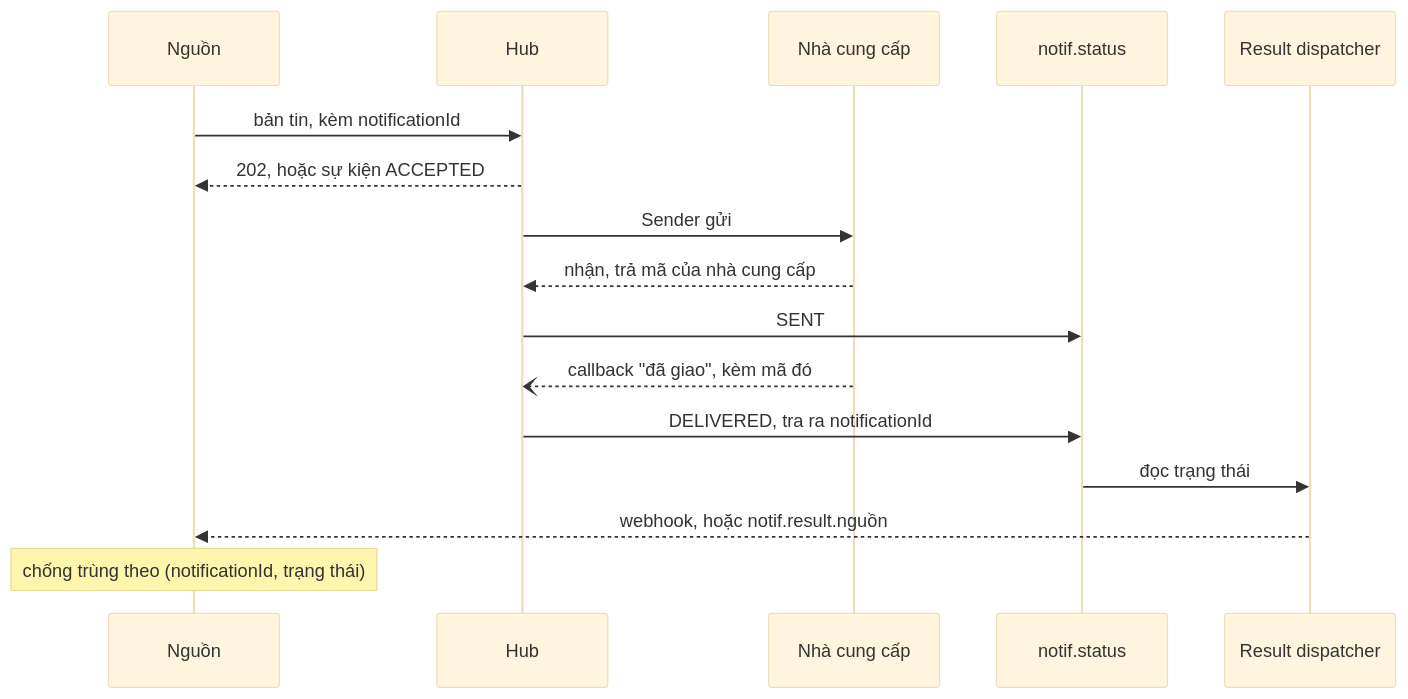
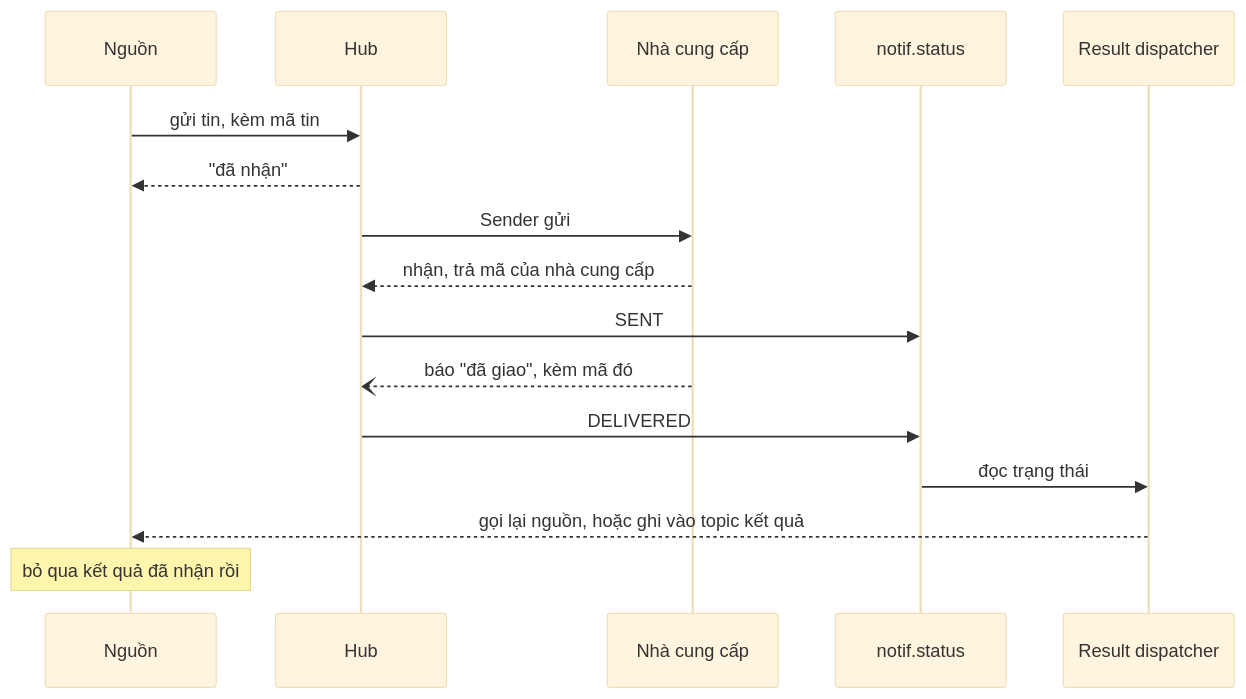
The ninth of 9 diagrams in lessons/0017-notification-hub.md (hainguyen85/kafka-study), drawn with Mermaid (base theme) before and after one commit. The commit also changed other lines of this file and 11 other files, not shown here.

````diff
--- a/lessons/0017-notification-hub.md
+++ b/lessons/0017-notification-hub.md
@@ -397,18 +369,18 @@
 ```mermaid
 sequenceDiagram
 participant N as Nguồn
 participant H as Hub
 participant P as Nhà cung cấp
 participant K as notif.status
 participant D as Result dispatcher
-N->>H: bản tin, kèm notificationId
-H-->>N: 202, hoặc sự kiện ACCEPTED
+N->>H: gửi tin, kèm mã tin
+H-->>N: "đã nhận"
 H->>P: Sender gửi
 P-->>H: nhận, trả mã của nhà cung cấp
 H->>K: SENT
-P--)H: callback "đã giao", kèm mã đó
-H->>K: DELIVERED, tra ra notificationId
+P--)H: báo "đã giao", kèm mã đó
+H->>K: DELIVERED
 K->>D: đọc trạng thái
-D-->>N: webhook, hoặc notif.result.nguồn
-Note over N: chống trùng theo (notificationId, trạng thái)
+D-->>N: gọi lại nguồn, hoặc ghi vào topic kết quả
+Note over N: bỏ qua kết quả đã nhận rồi
 ```
````
